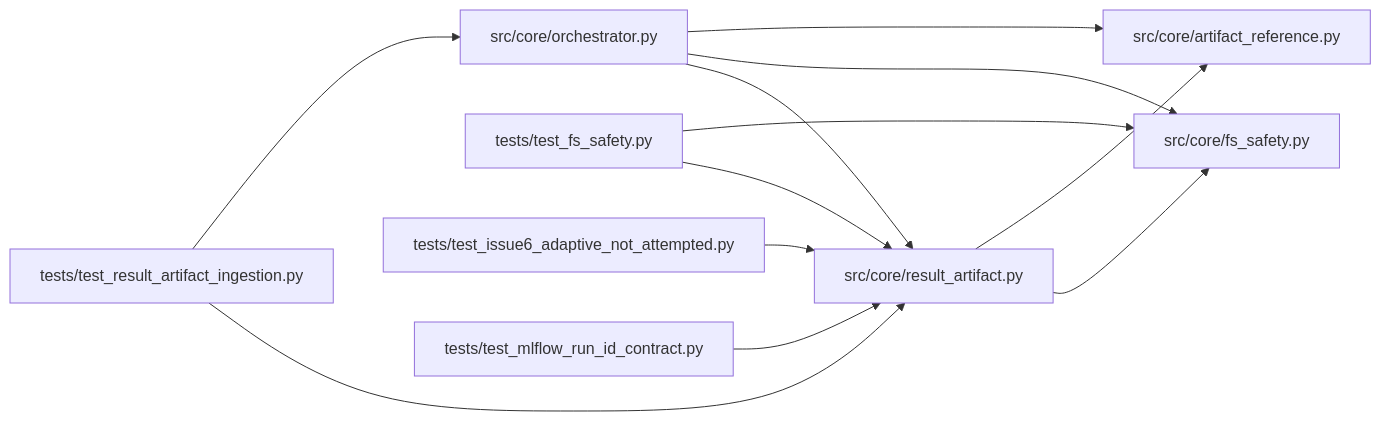
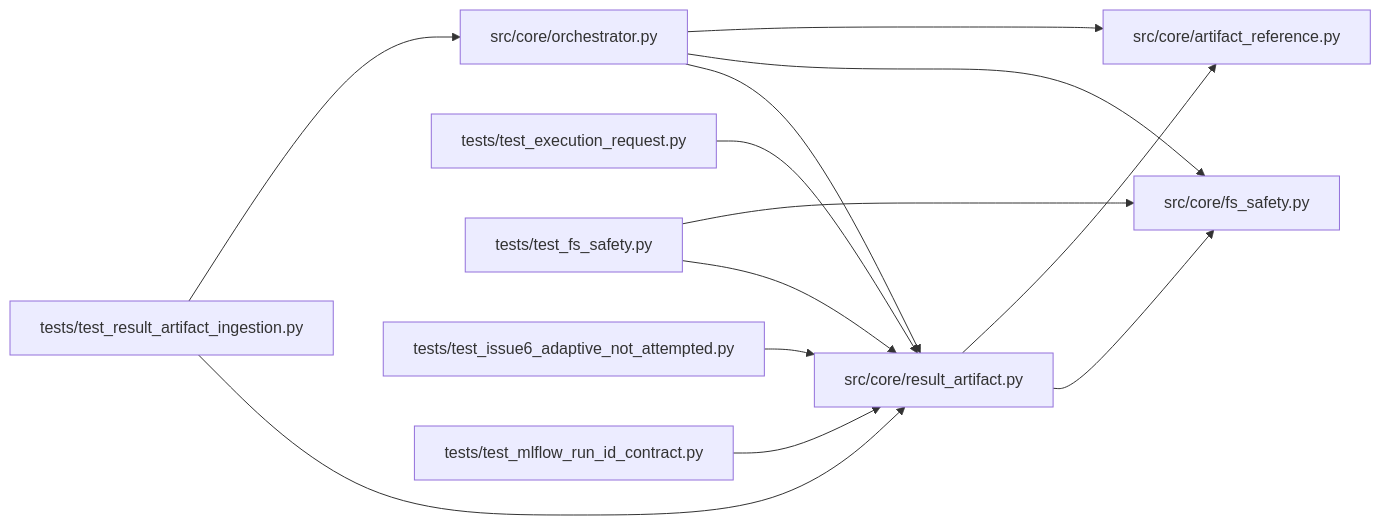
Before and after one commit to Denissvgn/autoresearch-agent: the diagram in docs/llm_wiki/modules/result_artifact.md, drawn with Mermaid. The commit also changed other lines of this file and 41 other files, not shown here.

First line of the commit message:
docs(wiki): sync pages for the single execution request resolver

````diff
--- a/docs/llm_wiki/modules/result_artifact.md
+++ b/docs/llm_wiki/modules/result_artifact.md
@@ -26,30 +26,33 @@
 ```mermaid
 flowchart LR
     n0["src/core/artifact_reference.py"]
     n1["src/core/fs_safety.py"]
     n2["src/core/orchestrator.py"]
     n3["src/core/result_artifact.py"]
-    n4["tests/test_fs_safety.py"]
-    n5["tests/test_issue6_adaptive_not_attempted.py"]
-    n6["tests/test_mlflow_run_id_contract.py"]
-    n7["tests/test_result_artifact_ingestion.py"]
+    n4["tests/test_execution_request.py"]
+    n5["tests/test_fs_safety.py"]
+    n6["tests/test_issue6_adaptive_not_attempted.py"]
+    n7["tests/test_mlflow_run_id_contract.py"]
+    n8["tests/test_result_artifact_ingestion.py"]
     n2 --> n0
     n2 --> n1
     n2 --> n3
     n3 --> n0
     n3 --> n1
-    n4 --> n1
     n4 --> n3
+    n5 --> n1
     n5 --> n3
     n6 --> n3
-    n7 --> n2
     n7 --> n3
+    n8 --> n2
+    n8 --> n3
     click n0 "../modules/artifact_reference.md"
     click n1 "../modules/fs_safety.md"
     click n2 "../modules/orchestrator.md"
     click n3 "../modules/result_artifact.md"
-    click n4 "../modules/test_fs_safety.md"
-    click n5 "../modules/test_issue6_adaptive_not_attempted.md"
-    click n6 "../modules/test_mlflow_run_id_contract.md"
-    click n7 "../modules/test_result_artifact_ingestion.md"
+    click n4 "../modules/test_execution_request.md"
+    click n5 "../modules/test_fs_safety.md"
+    click n6 "../modules/test_issue6_adaptive_not_attempted.md"
+    click n7 "../modules/test_mlflow_run_id_contract.md"
+    click n8 "../modules/test_result_artifact_ingestion.md"
 ```
````
